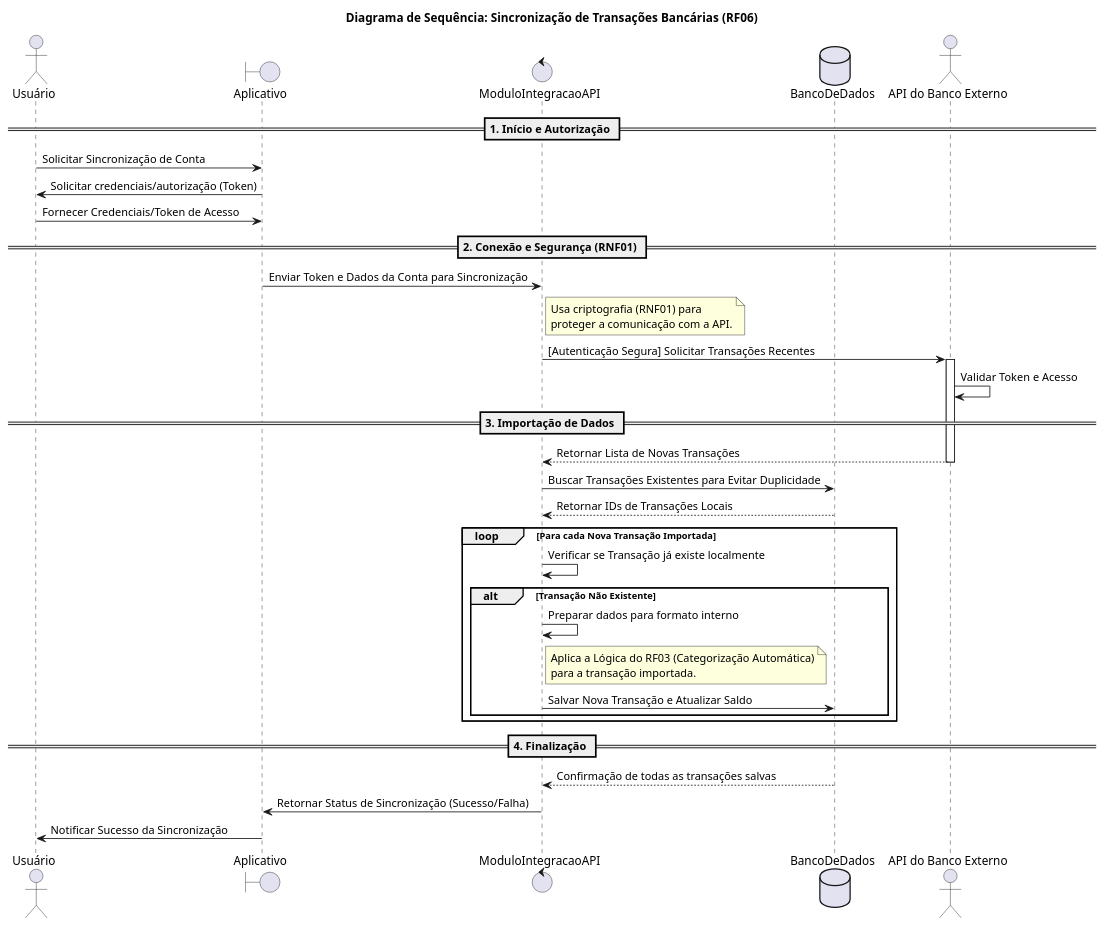
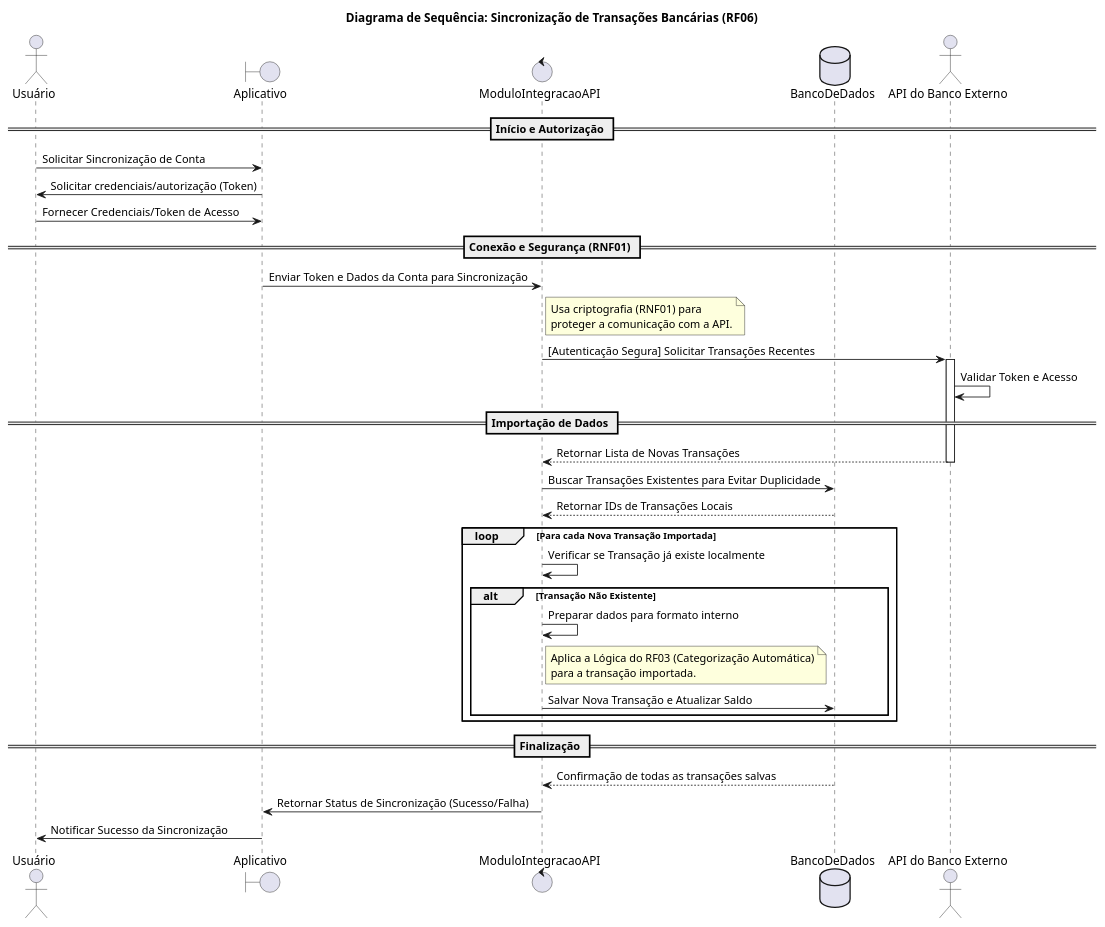
One commit to ClaraFelix667/finance-manager-a3 changed the diagram in diagrams/Diagrama_sequencia2.wsd. Above: the diagram before and after it, drawn with PlantUML.

```diff
--- a/diagrams/Diagrama_sequencia2.wsd
+++ b/diagrams/Diagrama_sequencia2.wsd
@@ -2,55 +2,55 @@
 @startuml
 
 title Diagrama de Sequência: Sincronização de Transações Bancárias (RF06)
 
 actor Usuário
 boundary Aplicativo as App
 control ModuloIntegracaoAPI as MI
 database BancoDeDados as BD
 actor "API do Banco Externo" as API_Banco
 
-== 1. Início e Autorização ==
+== Início e Autorização ==
 
 Usuário -> App: Solicitar Sincronização de Conta
 App -> Usuário: Solicitar credenciais/autorização (Token)
 Usuário -> App: Fornecer Credenciais/Token de Acesso
 
-== 2. Conexão e Segurança (RNF01) ==
+== Conexão e Segurança (RNF01) ==
 
 App -> MI: Enviar Token e Dados da Conta para Sincronização
 note right of MI
 Usa criptografia (RNF01) para
 proteger a comunicação com a API.
 end note
 
 MI -> API_Banco: [Autenticação Segura] Solicitar Transações Recentes
 activate API_Banco
 API_Banco -> API_Banco: Validar Token e Acesso
 
-== 3. Importação de Dados ==
+== Importação de Dados ==
 
 API_Banco --> MI: Retornar Lista de Novas Transações
 deactivate API_Banco
 
 MI -> BD: Buscar Transações Existentes para Evitar Duplicidade
 BD --> MI: Retornar IDs de Transações Locais
 
 loop Para cada Nova Transação Importada
     MI -> MI: Verificar se Transação já existe localmente
     alt Transação Não Existente
         MI -> MI: Preparar dados para formato interno
         note right of MI
         Aplica a Lógica do RF03 (Categorização Automática)
         para a transação importada.
         end note
         MI -> BD: Salvar Nova Transação e Atualizar Saldo
     end
 end
 
-== 4. Finalização ==
+== Finalização ==
 
 BD --> MI: Confirmação de todas as transações salvas
 MI -> App: Retornar Status de Sincronização (Sucesso/Falha)
 
 App -> Usuário: Notificar Sucesso da Sincronização
 @enduml
```
